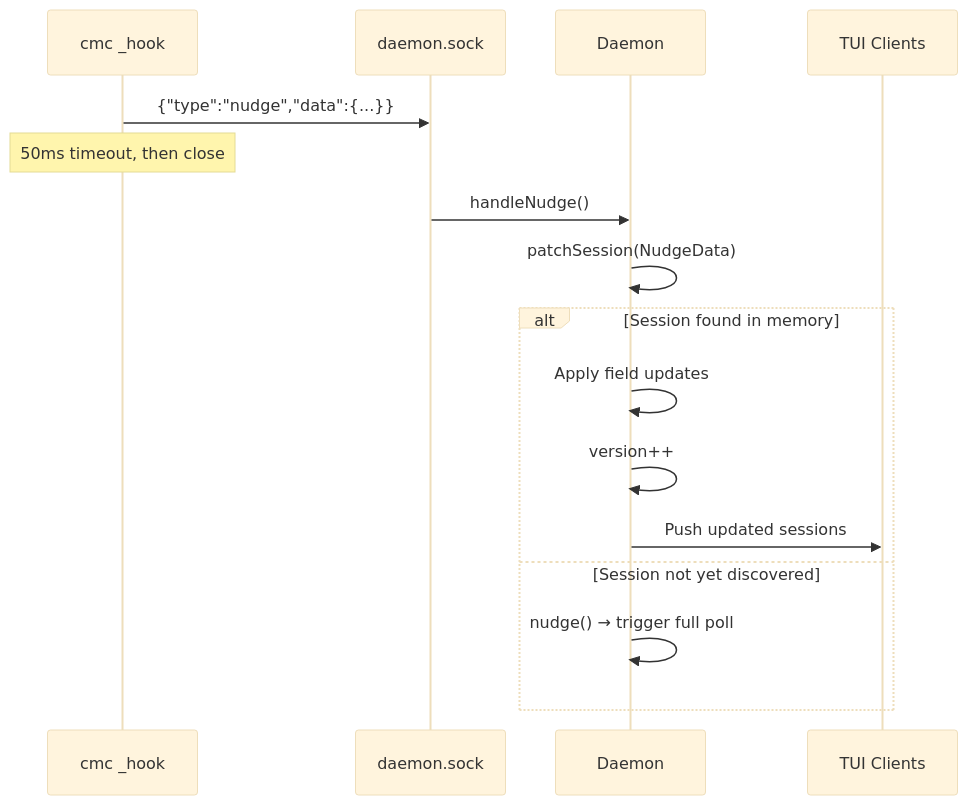
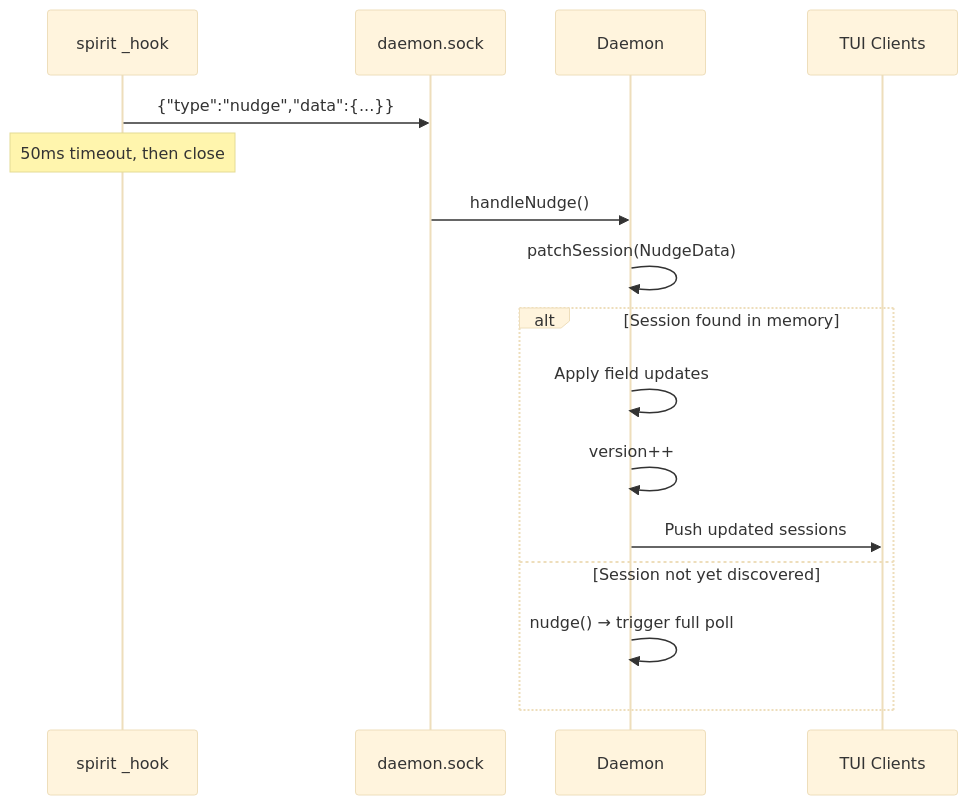
One commit to huylenq/spirit changed the eighth of 15 diagrams in docs/hooks.md. Above: the diagram before and after it, drawn with Mermaid (base theme). The commit also changed other lines of this file and 99 other files, not shown here.

First line of the commit message:
refactor: rebrand claude-mission-control/cmc to spirit

````diff
--- a/docs/hooks.md
+++ b/docs/hooks.md
@@ -296,20 +296,20 @@
 ```mermaid
 sequenceDiagram
-    participant H as cmc _hook
+    participant H as spirit _hook
     participant S as daemon.sock
     participant D as Daemon
     participant C as TUI Clients
 
     H->>S: {"type":"nudge","data":{...}}
     Note over H: 50ms timeout, then close
     S->>D: handleNudge()
     D->>D: patchSession(NudgeData)
 
     alt Session found in memory
         D->>D: Apply field updates
         D->>D: version++
         D->>C: Push updated sessions
     else Session not yet discovered
         D->>D: nudge() → trigger full poll
     end
 ```
````
